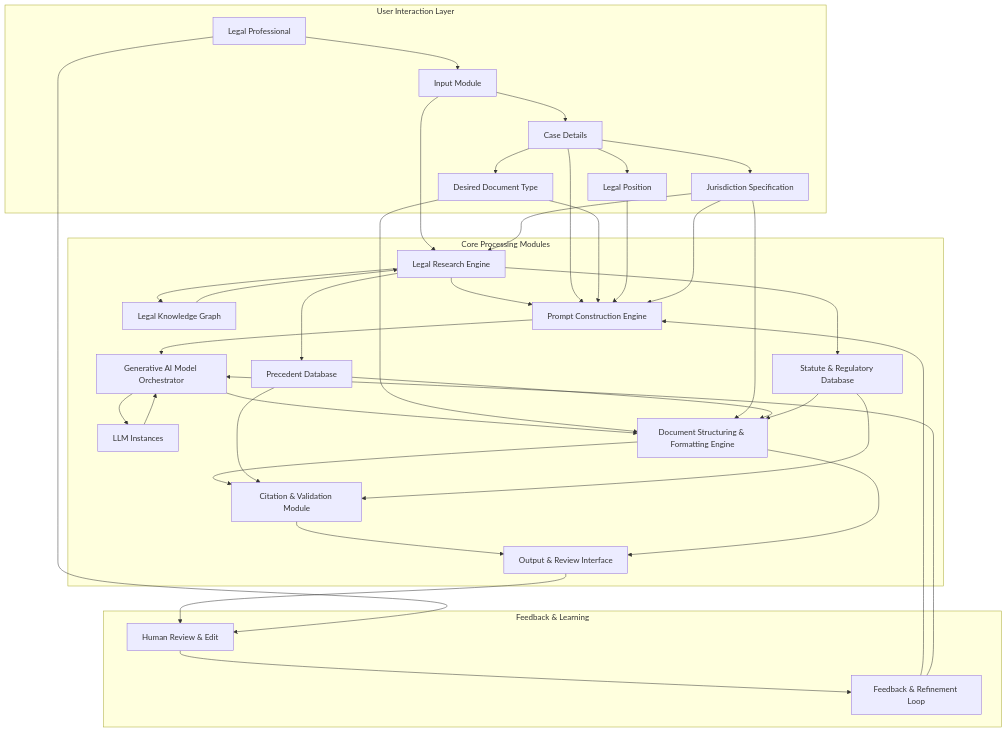
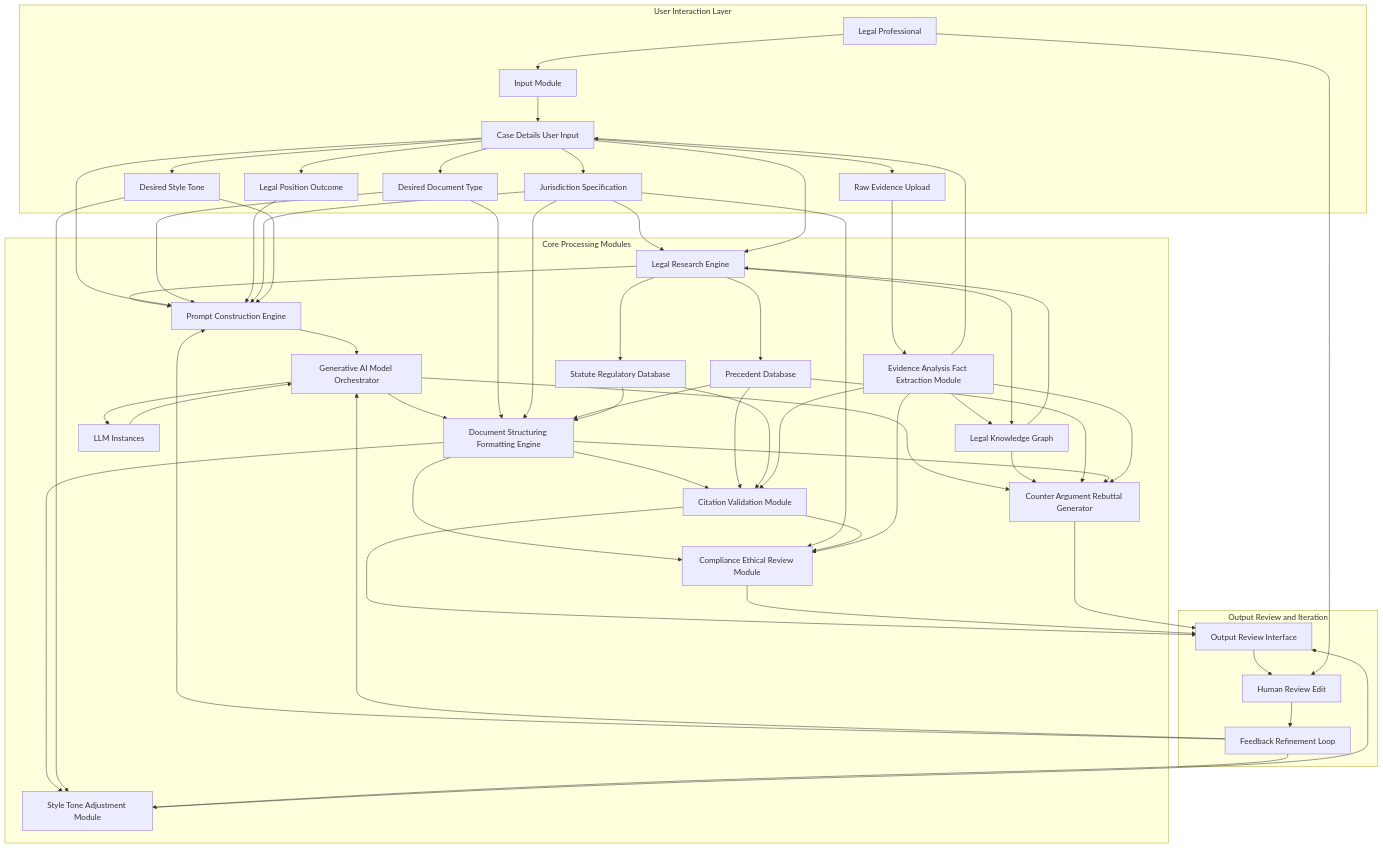
Before and after one commit to diplomat-bit/Citibank_Demo_Business_Inc_Demonstration-: the diagram in inventions/092_ai_legal_brief_and_argument_generator.md, drawn with Mermaid. The commit also changed other lines of this file, not shown here.

Commit message:
[AI] Edit: inventions/092_ai_legal_brief_and_argument_generator.md

````diff
--- a/inventions/092_ai_legal_brief_and_argument_generator.md
+++ b/inventions/092_ai_legal_brief_and_argument_generator.md
@@ -108,51 +147,75 @@
 ```mermaid
 graph TD
     subgraph User Interaction Layer
         A[Legal Professional] --> B[Input Module];
-        B --> C[Case Details];
+        B --> C[Case Details User Input];
         C --> D[Desired Document Type];
-        C --> E[Legal Position];
+        C --> E[Legal Position Outcome];
         C --> F[Jurisdiction Specification];
+        C --> G[Raw Evidence Upload];
+        C --> H[Desired Style Tone];
     end
 
     subgraph Core Processing Modules
-        B --> G[Legal Research Engine];
-        F --> G;
-        G --> H[Precedent Database];
-        G --> I[Statute & Regulatory Database];
-        G --> J[Legal Knowledge Graph];
-        J --> G;
+        G --> I[Evidence Analysis Fact Extraction Module];
+        I --> C;
+        I --> J[Legal Knowledge Graph];
 
-        G --> K[Prompt Construction Engine];
+        F --> K[Legal Research Engine];
         C --> K;
-        D --> K;
-        E --> K;
-        F --> K;
+        J --> K;
+        K --> L[Precedent Database];
+        K --> M[Statute Regulatory Database];
+        K --> J;
 
-        K --> L[Generative AI Model Orchestrator];
-        L --> M[LLM Instances];
-        M --> L;
-
-        L --> N[Document Structuring & Formatting Engine];
+        K --> N[Prompt Construction Engine];
+        C --> N;
         D --> N;
+        E --> N;
         F --> N;
         H --> N;
-        I --> N;
 
-        N --> O[Citation & Validation Module];
-        H --> O;
-        I --> O;
+        N --> O[Generative AI Model Orchestrator];
+        O --> P[LLM Instances];
+        P --> O;
 
-        O --> P[Output & Review Interface];
-        N --> P;
+        O --> Q[Document Structuring Formatting Engine];
+        D --> Q;
+        F --> Q;
+        L --> Q;
+        M --> Q;
+
+        Q --> R[Citation Validation Module];
+        L --> R;
+        M --> R;
+        I --> R;
+
+        Q --> S[Compliance Ethical Review Module];
+        F --> S;
+        R --> S;
+        I --> S;
+
+        O --> T[Counter Argument Rebuttal Generator];
+        J --> T;
+        L --> T;
+        Q --> T;
+        I --> T;
+
+        Q --> U[Style Tone Adjustment Module];
+        H --> U;
     end
 
-    subgraph Feedback & Learning
-        P --> Q[Human Review & Edit];
-        Q --> R[Feedback & Refinement Loop];
-        R --> K;
-        R --> L;
+    subgraph Output Review and Iteration
+        R --> V[Output Review Interface];
+        S --> V;
+        T --> V;
+        U --> V;
+        V --> W[Human Review Edit];
+        W --> X[Feedback Refinement Loop];
+        X --> N;
+        X --> O;
+        X --> U;
+        A --> W;
     end
 
-    A --> Q;
 ```
````
